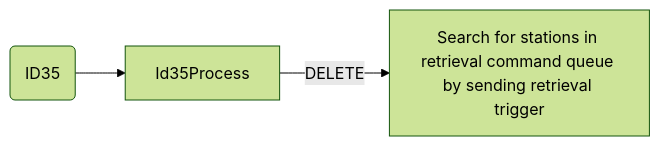
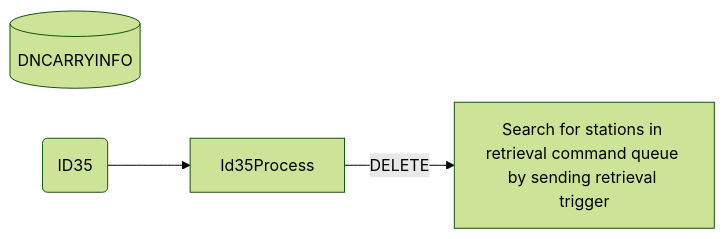
Before and after one commit to luthfiadityaa/SimeDarby-Wiki: the seventh of 14 diagrams in Basic-Design/DFD-WMS/Retrieval/Stacked-Empty-Pallet.md, drawn with Mermaid (forest theme).

Commit message:
Updated Stacked Empty Pallet

```diff
--- a/Basic-Design/DFD-WMS/Retrieval/Stacked-Empty-Pallet.md
+++ b/Basic-Design/DFD-WMS/Retrieval/Stacked-Empty-Pallet.md
@@ -190,12 +190,16 @@
 ::: mermaid
 flowchart LR
+
+    tableList-delete[("
+        DNCARRYINFO
+    ")]
 
     id66msg("
      ID35
     ")
 
     id66msg-->Id35Process--> |DELETE| P1[Search for stations in retrieval command queue by sending retrieval trigger]
 
     classDef leftAlign text-align:left;
     class input leftAlign;
 :::
```
